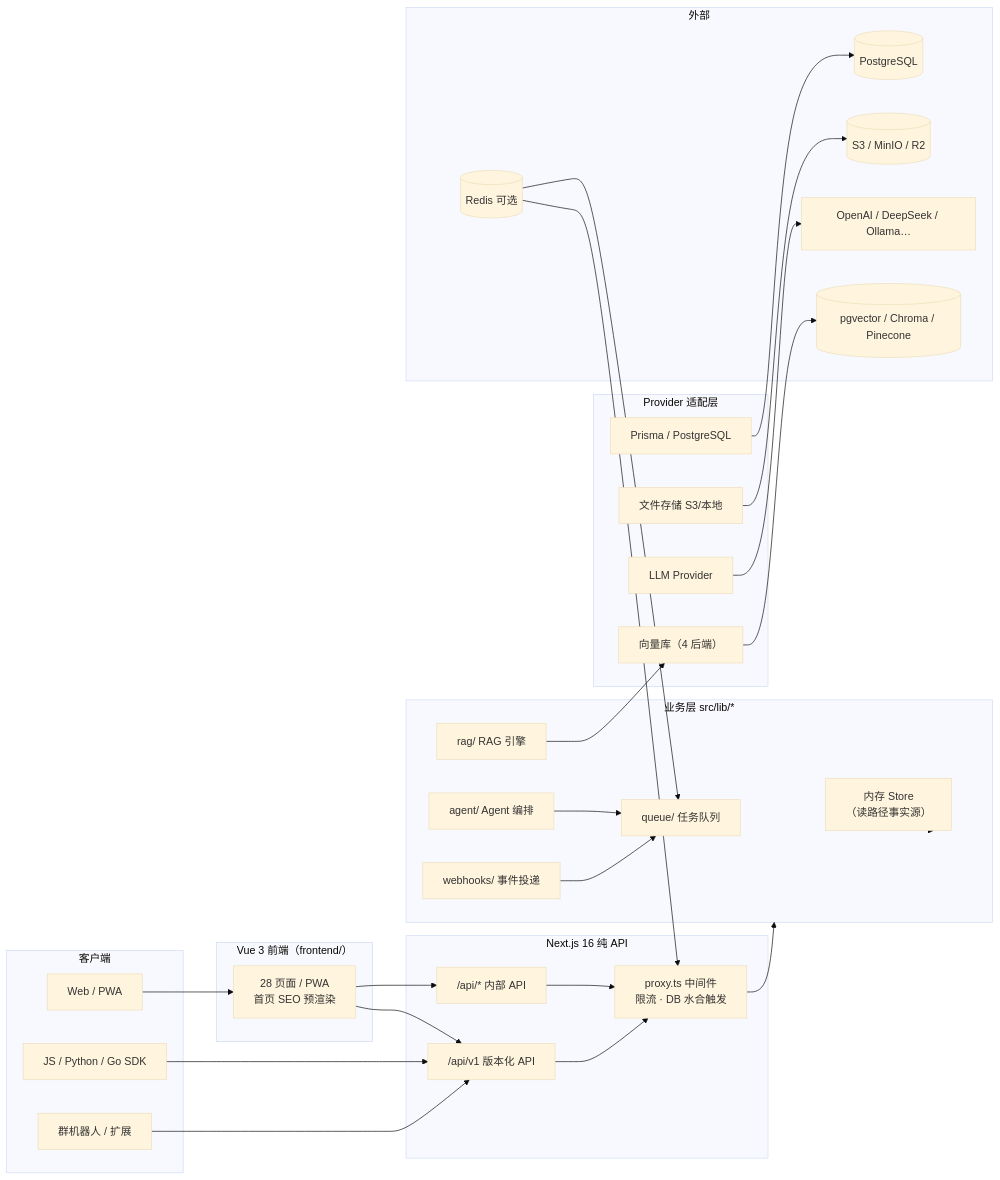
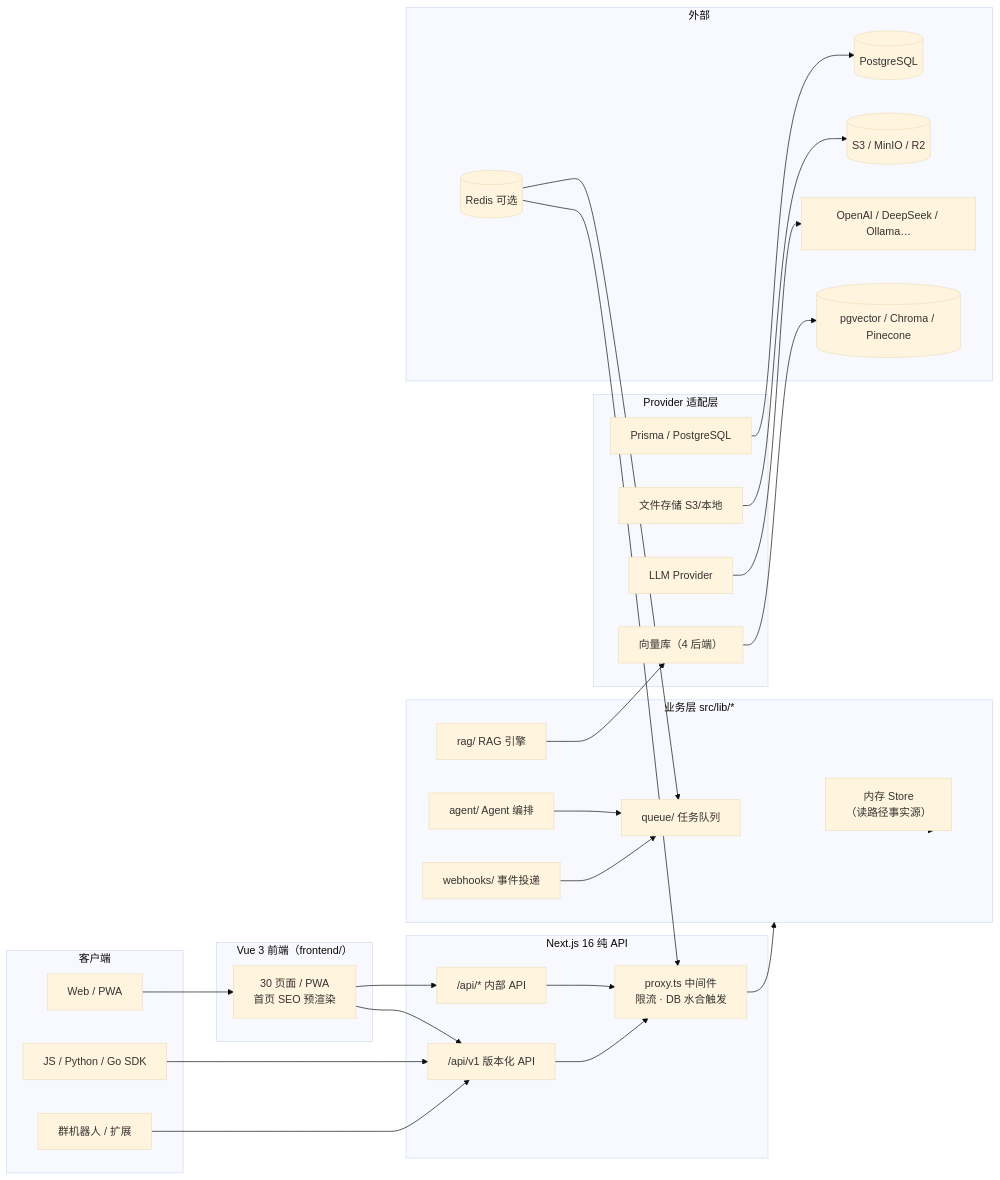
The first of 2 diagrams in docs/architecture/overview.md (BlackArt40/KnowledgeAI), drawn with Mermaid (base theme) before and after one commit. The commit also changed other lines of this file and 42 other files, not shown here.

````diff
--- a/docs/architecture/overview.md
+++ b/docs/architecture/overview.md
@@ -33,55 +33,55 @@
 ```mermaid
 flowchart LR
   subgraph Client["客户端"]
     Web["Web / PWA"]
     SDK["JS / Python / Go SDK"]
     Bot["群机器人 / 扩展"]
   end
   subgraph FE["Vue 3 前端（frontend/）"]
-    VUE["28 页面 / PWA<br/>首页 SEO 预渲染"]
+    VUE["30 页面 / PWA<br/>首页 SEO 预渲染"]
   end
   subgraph Next["Next.js 16 纯 API"]
     V1["/api/v1 版本化 API"]
     LEGACY["/api/* 内部 API"]
     PROXY["proxy.ts 中间件<br/>限流 · DB 水合触发"]
   end
   subgraph Biz["业务层 src/lib/*"]
     STORE["内存 Store<br/>（读路径事实源）"]
     RAG["rag/ RAG 引擎"]
     AGENT["agent/ Agent 编排"]
     QUEUE["queue/ 任务队列"]
     WH["webhooks/ 事件投递"]
   end
   subgraph Adapter["Provider 适配层"]
     LLM["LLM Provider"]
     VEC["向量库（4 后端）"]
     DB["Prisma / PostgreSQL"]
     STOR["文件存储 S3/本地"]
   end
   subgraph Ext["外部"]
     PG[("PostgreSQL")]
     RD[("Redis 可选")]
     S3[("S3 / MinIO / R2")]
     LLMS["OpenAI / DeepSeek / Ollama…"]
     VDB[("pgvector / Chroma / Pinecone")]
   end
 
   Web --> VUE
   VUE --> LEGACY
   VUE --> V1
   SDK --> V1
   Bot --> V1
   LEGACY --> PROXY
   V1 --> PROXY
   PROXY --> Biz
   Biz --> STORE
   RAG --> VEC
   AGENT --> QUEUE
   WH --> QUEUE
   DB --> PG
   RD --> QUEUE
   RD --> PROXY
   STOR --> S3
   LLM --> LLMS
   VEC --> VDB
 ```
````
